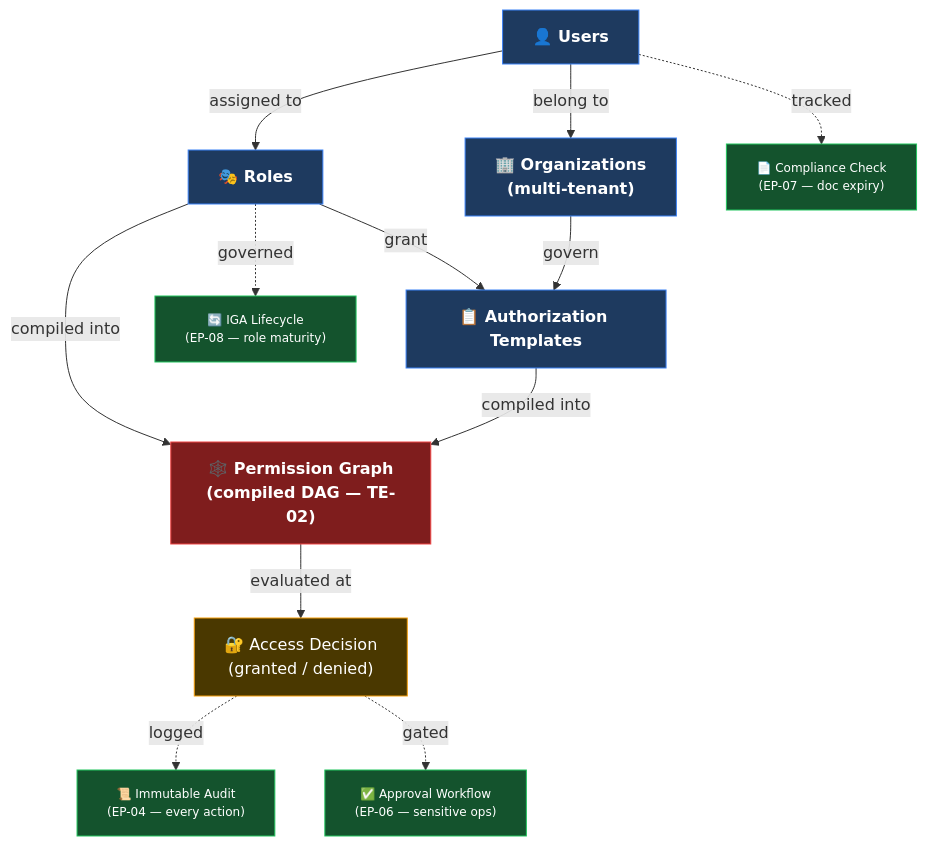
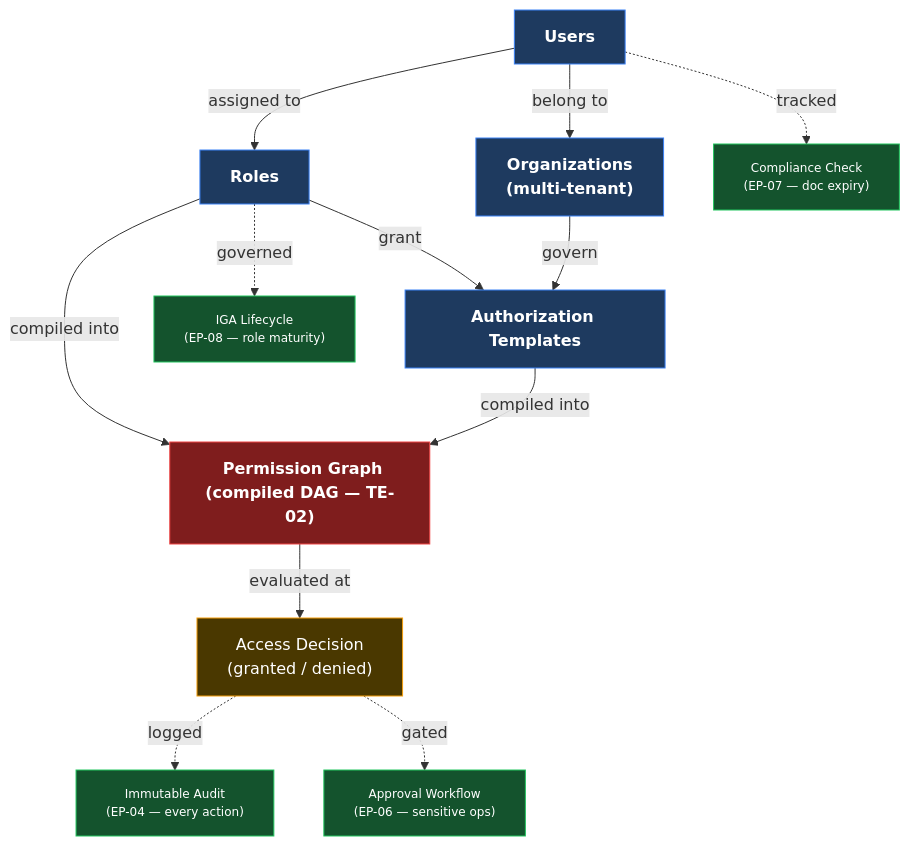
The second of 7 diagrams in reference/knowledge/demo/ums-technical-overview.md (beyondnetcode/evolith_arch32), drawn with Mermaid before and after one commit. The commit also changed other lines of this file and 41 other files, not shown here.

````diff
--- a/reference/knowledge/demo/ums-technical-overview.md
+++ b/reference/knowledge/demo/ums-technical-overview.md
@@ -67,31 +67,31 @@
 ```mermaid
 flowchart TB
     classDef entity fill:#1e3a5f,stroke:#3b82f6,color:#fff,font-weight:bold
     classDef permgraph fill:#7f1d1d,stroke:#ef4444,color:#fff,font-weight:bold
     classDef cross fill:#14532d,stroke:#22c55e,color:#fff,font-size:12px
     classDef decision fill:#4a3800,stroke:#f59e0b,color:#fff
 
-    USERS["👤 Users"]:::entity
-    ORGS["🏢 Organizations\n(multi-tenant)"]:::entity
-    ROLES["🎭 Roles"]:::entity
-    TEMPLATES["📋 Authorization Templates"]:::entity
-    GRAPH["🕸️ Permission Graph\n(compiled DAG — TE-02)"]:::permgraph
-    REQUEST["🔐 Access Decision\n(granted / denied)"]:::decision
+    USERS[" Users"]:::entity
+    ORGS[" Organizations\n(multi-tenant)"]:::entity
+    ROLES[" Roles"]:::entity
+    TEMPLATES[" Authorization Templates"]:::entity
+    GRAPH["️ Permission Graph\n(compiled DAG — TE-02)"]:::permgraph
+    REQUEST[" Access Decision\n(granted / denied)"]:::decision
 
     USERS -->|"belong to"| ORGS
     USERS -->|"assigned to"| ROLES
     ROLES -->|"grant"| TEMPLATES
     ORGS -->|"govern"| TEMPLATES
     ROLES & TEMPLATES -->|"compiled into"| GRAPH
     GRAPH -->|"evaluated at"| REQUEST
 
-    AUD["📜 Immutable Audit\n(EP-04 — every action)"]:::cross
-    APP["✅ Approval Workflow\n(EP-06 — sensitive ops)"]:::cross
-    COMP["📄 Compliance Check\n(EP-07 — doc expiry)"]:::cross
-    IGA_N["🔄 IGA Lifecycle\n(EP-08 — role maturity)"]:::cross
+    AUD[" Immutable Audit\n(EP-04 — every action)"]:::cross
+    APP[" Approval Workflow\n(EP-06 — sensitive ops)"]:::cross
+    COMP[" Compliance Check\n(EP-07 — doc expiry)"]:::cross
+    IGA_N[" IGA Lifecycle\n(EP-08 — role maturity)"]:::cross
 
     REQUEST -.->|"logged"| AUD
     REQUEST -.->|"gated"| APP
     USERS -.->|"tracked"| COMP
     ROLES -.->|"governed"| IGA_N
 ```
````
